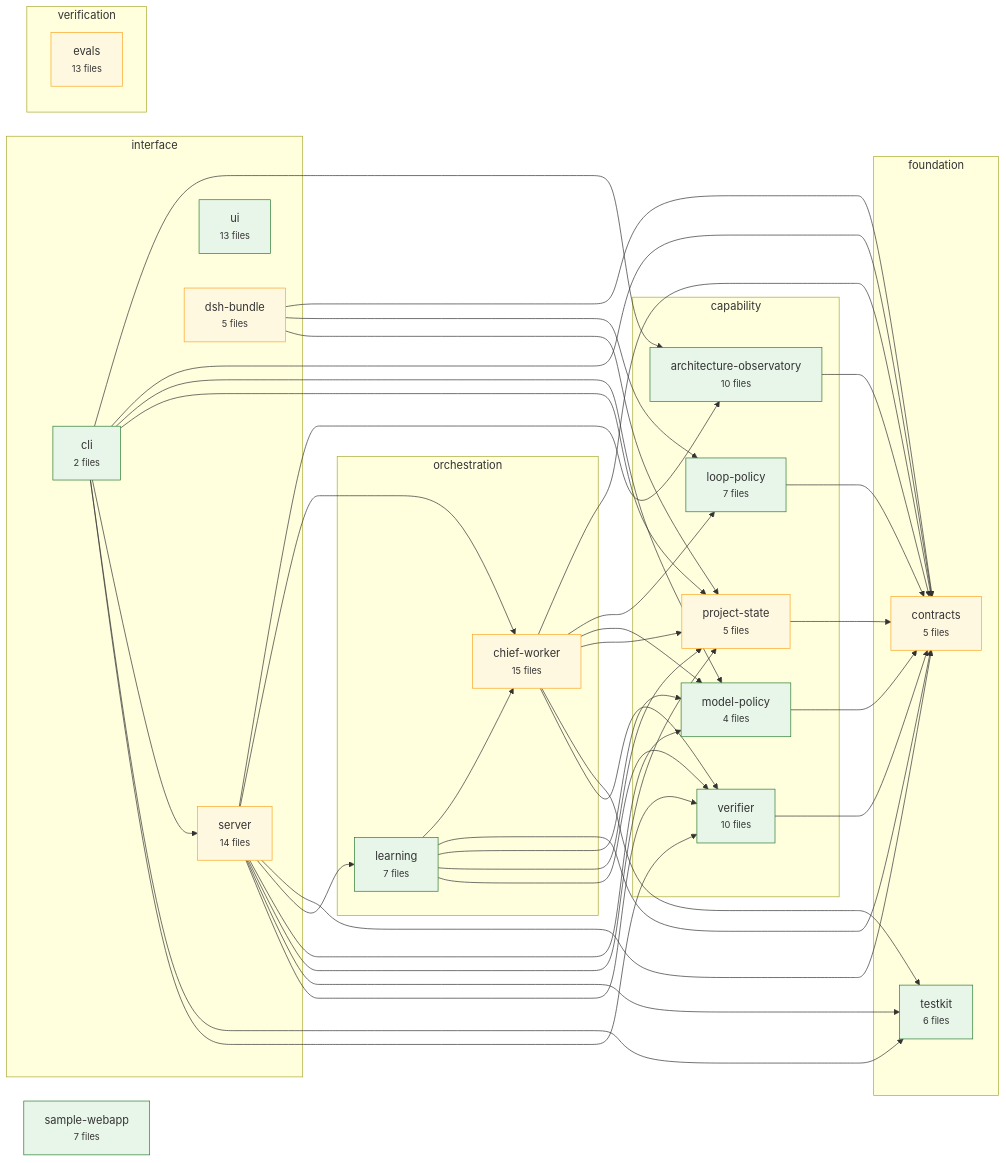
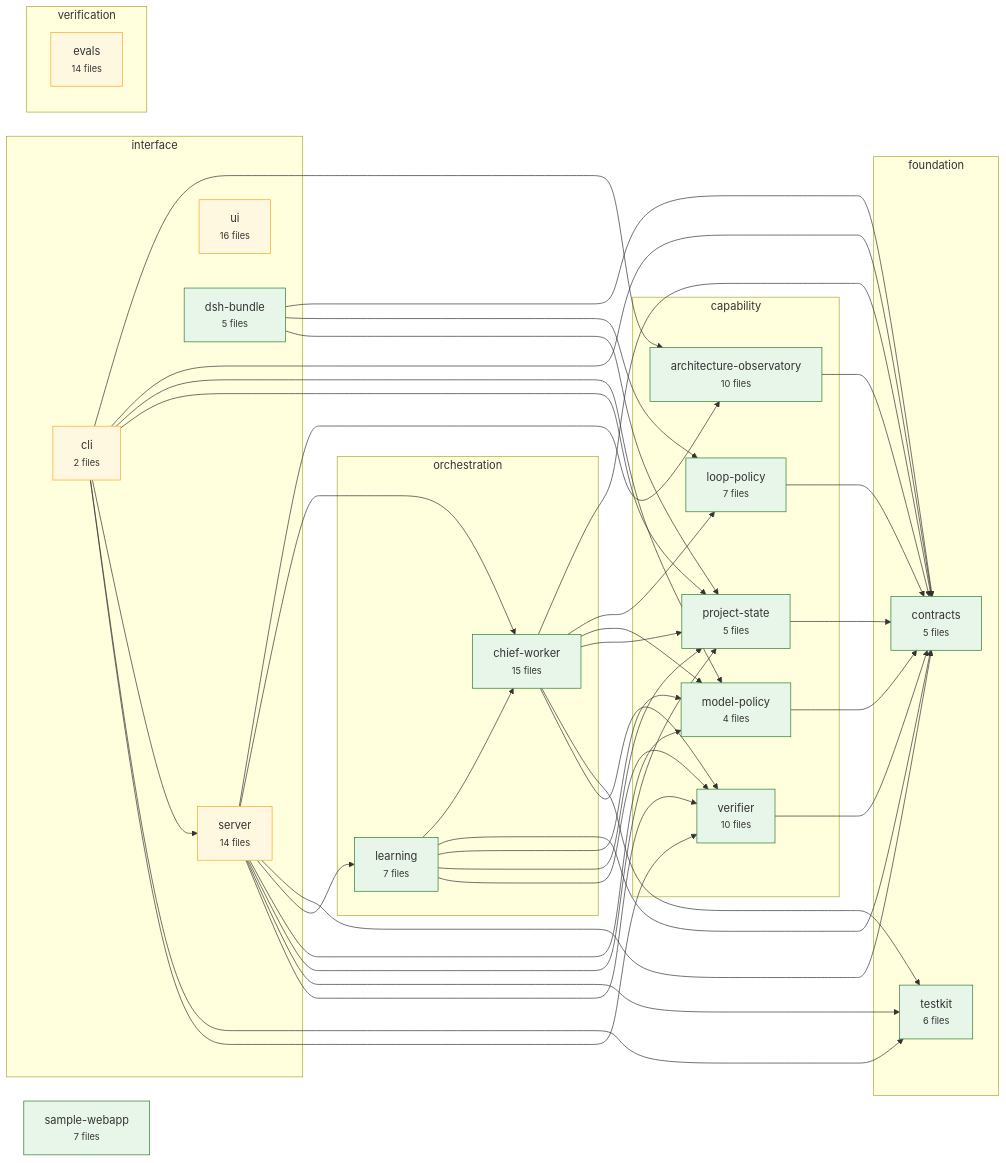
One commit to CharAzinabulu0079/dgx-super-agent changed the diagram in .architecture/graph.mmd. Above: the diagram before and after it, drawn with Mermaid. The commit also changed 18 other files, not shown here.

First line of the commit message:
Phone-ready UI: Chief chat, Files (preview/download), Worker transcripts; WireGuard remote access

```diff
--- a/.architecture/graph.mmd
+++ b/.architecture/graph.mmd
@@ -1,80 +1,80 @@
 flowchart LR
   subgraph layer_foundation["foundation"]
     contracts["contracts<br/><small>5 files</small>"]
     testkit["testkit<br/><small>6 files</small>"]
   end
   subgraph layer_capability["capability"]
     project_state["project-state<br/><small>5 files</small>"]
     verifier["verifier<br/><small>10 files</small>"]
     loop_policy["loop-policy<br/><small>7 files</small>"]
     model_policy["model-policy<br/><small>4 files</small>"]
     architecture_observatory["architecture-observatory<br/><small>10 files</small>"]
   end
   subgraph layer_orchestration["orchestration"]
     learning["learning<br/><small>7 files</small>"]
     chief_worker["chief-worker<br/><small>15 files</small>"]
   end
   subgraph layer_interface["interface"]
     server["server<br/><small>14 files</small>"]
     cli["cli<br/><small>2 files</small>"]
-    ui["ui<br/><small>13 files</small>"]
+    ui["ui<br/><small>16 files</small>"]
     dsh_bundle["dsh-bundle<br/><small>5 files</small>"]
   end
   subgraph layer_verification["verification"]
-    evals["evals<br/><small>13 files</small>"]
+    evals["evals<br/><small>14 files</small>"]
   end
   sample_webapp["sample-webapp<br/><small>7 files</small>"]
   architecture_observatory --> contracts
   chief_worker --> contracts
   chief_worker --> loop_policy
   chief_worker --> model_policy
   chief_worker --> project_state
   chief_worker --> testkit
   chief_worker --> verifier
   cli --> architecture_observatory
   cli --> contracts
   cli --> model_policy
   cli --> project_state
   cli --> server
   cli --> testkit
   cli --> verifier
   dsh_bundle --> contracts
   dsh_bundle --> loop_policy
   dsh_bundle --> project_state
   learning --> chief_worker
   learning --> contracts
   learning --> model_policy
   learning --> project_state
   learning --> verifier
   loop_policy --> contracts
   model_policy --> contracts
   project_state --> contracts
   server --> architecture_observatory
   server --> chief_worker
   server --> contracts
   server --> learning
   server --> model_policy
   server --> project_state
   server --> testkit
   server --> verifier
   verifier --> contracts
   classDef stable fill:#e8f5e9,stroke:#2e7d32
   classDef changing fill:#fff8e1,stroke:#f9a825
   classDef worker_active fill:#e3f2fd,stroke:#1565c0
   classDef gate_failed fill:#ffebee,stroke:#c62828
   classDef protected stroke:#6a1b9a,stroke-width:3px
-  class contracts changing
+  class contracts stable
   class testkit stable
-  class project_state changing
+  class project_state stable
   class verifier stable
   class loop_policy stable
   class model_policy stable
   class architecture_observatory stable
   class learning stable
-  class chief_worker changing
+  class chief_worker stable
   class server changing
-  class cli stable
-  class ui stable
-  class dsh_bundle changing
+  class cli changing
+  class ui changing
+  class dsh_bundle stable
   class evals changing
   class sample_webapp stable
```
